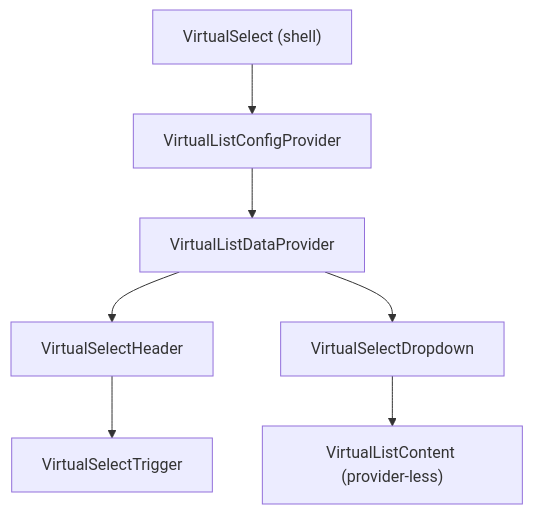
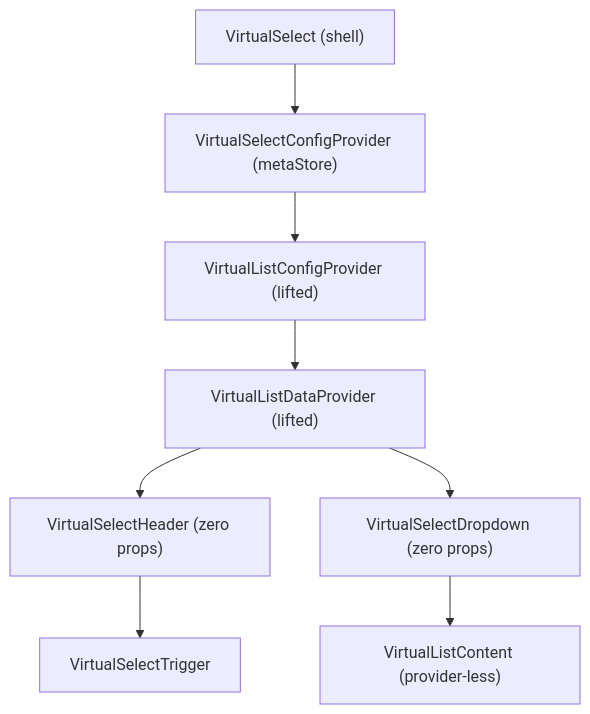
Before and after one commit to luciocabrera/lcabrera-stack: the first of 3 diagrams in packages/ui/src/components/VirtualSelect/ARCHITECTURE.md, drawn with Mermaid. The commit also changed other lines of this file and 68 other files, not shown here.

First line of the commit message:
feat: Refactor VirtualSelect to use context for metadata management

````diff
--- a/packages/ui/src/components/VirtualSelect/ARCHITECTURE.md
+++ b/packages/ui/src/components/VirtualSelect/ARCHITECTURE.md
@@ -44,9 +47,10 @@
 ```mermaid
 graph TD
-  VS["VirtualSelect (shell)"] --> CFG["VirtualListConfigProvider"]
-  CFG --> DATA["VirtualListDataProvider"]
-  DATA --> VSH["VirtualSelectHeader"]
-  DATA --> VSD["VirtualSelectDropdown"]
+  VS["VirtualSelect (shell)"] --> SCFG["VirtualSelectConfigProvider (metaStore)"]
+  SCFG --> LCFG["VirtualListConfigProvider (lifted)"]
+  LCFG --> LDATA["VirtualListDataProvider (lifted)"]
+  LDATA --> VSH["VirtualSelectHeader (zero props)"]
+  LDATA --> VSD["VirtualSelectDropdown (zero props)"]
   VSH --> VST["VirtualSelectTrigger"]
   VSD --> VLC["VirtualListContent (provider-less)"]
 ```
````
